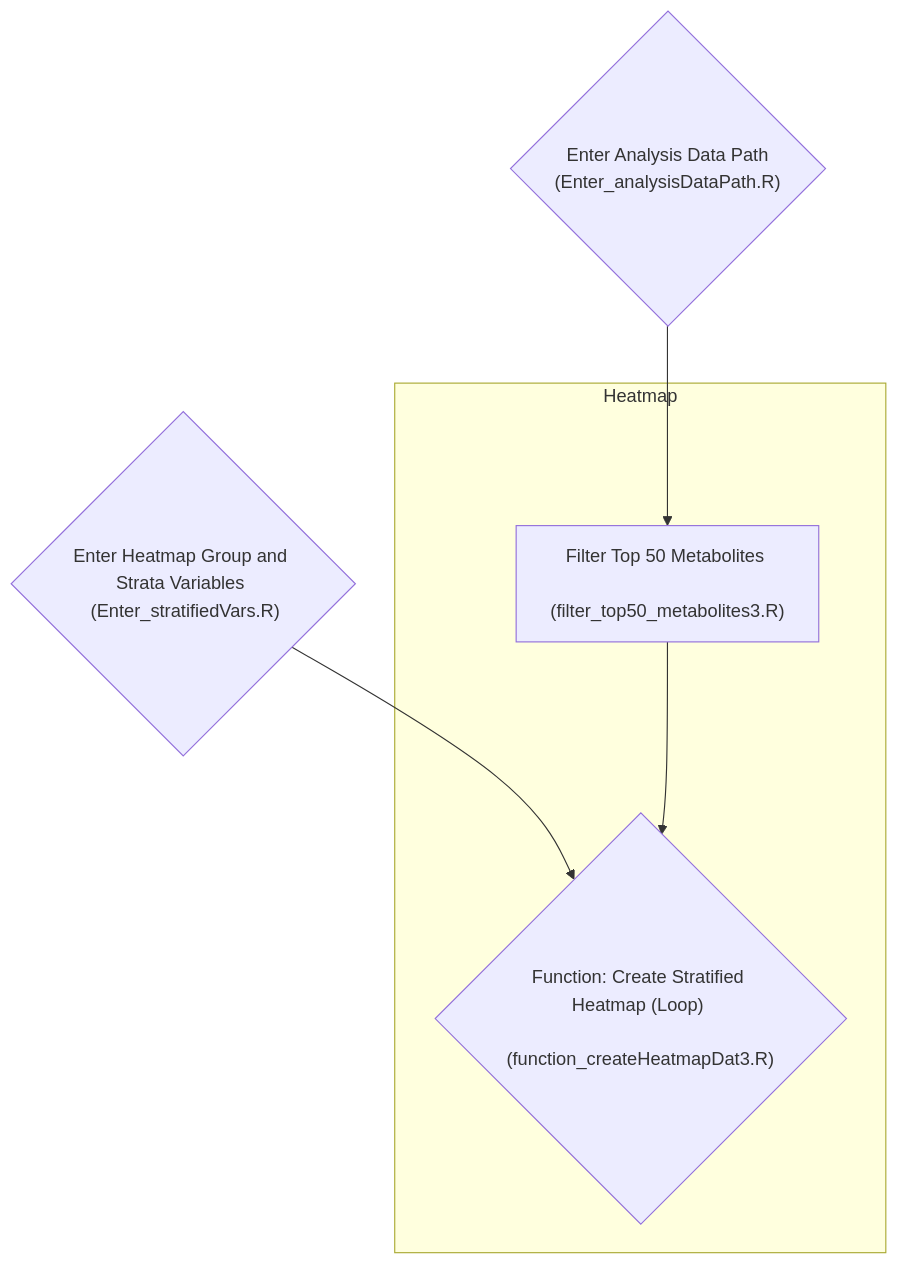
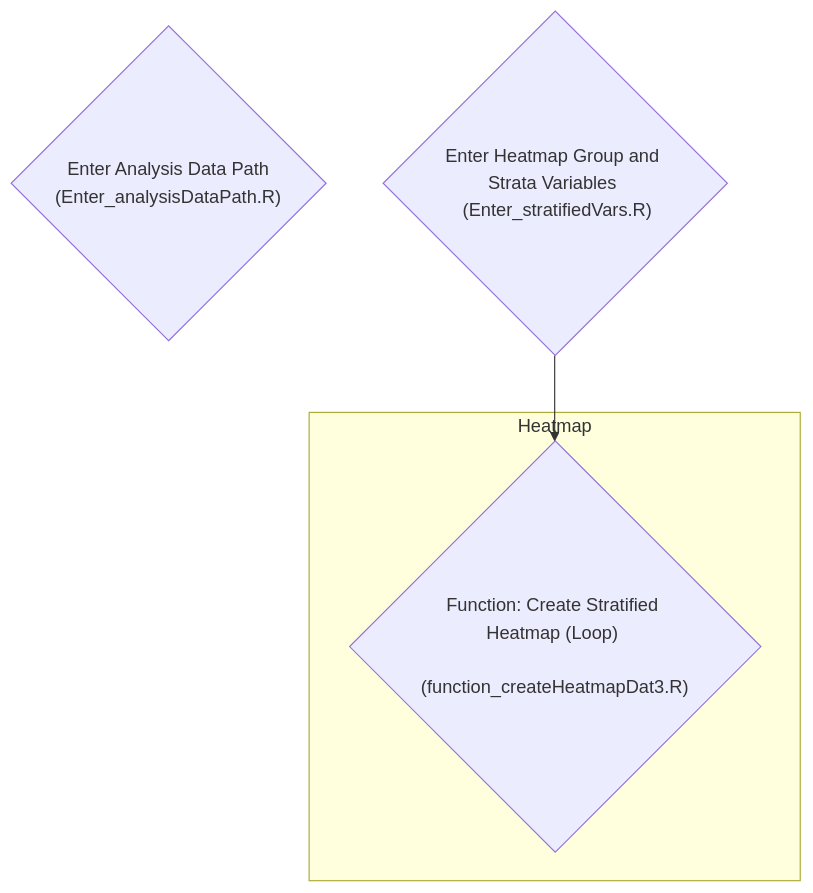
The fifth of 11 diagrams in README.qmd (datalifecycle-ua/MetabolomicsPipeline), drawn with Mermaid before and after one commit. The commit also changed other lines of this file and 20 other files, not shown here.

````diff
--- a/README.qmd
+++ b/README.qmd
@@ -229,18 +228,15 @@
 ```{mermaid}
 flowchart TD
     path{"Enter Analysis Data Path <br> (Enter_analysisDataPath.R)"}
     group{"Enter Heatmap Group and Strata Variables <br> (Enter_stratifiedVars.R)"}
-
-    f["Filter Top 50 Metabolites <br> (filter_top50_metabolites3.R)"]
 
     create{"Function: Create Stratified Heatmap (Loop) <br> (function_createHeatmapDat3.R)"}
 
 
 
     %% Create links
-    path --> f 
     group --> create
     subgraph Heatmap
-        f --> create
+        create
     end
 ```
````
